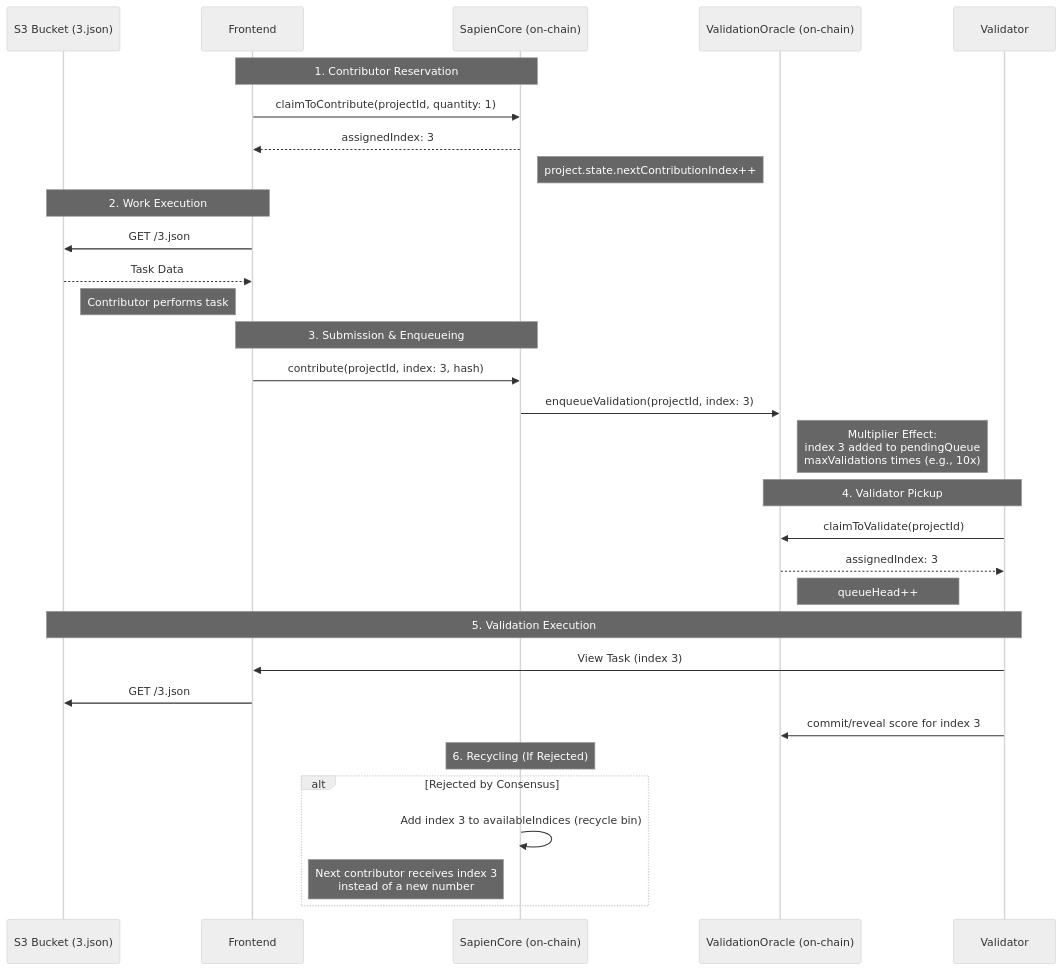
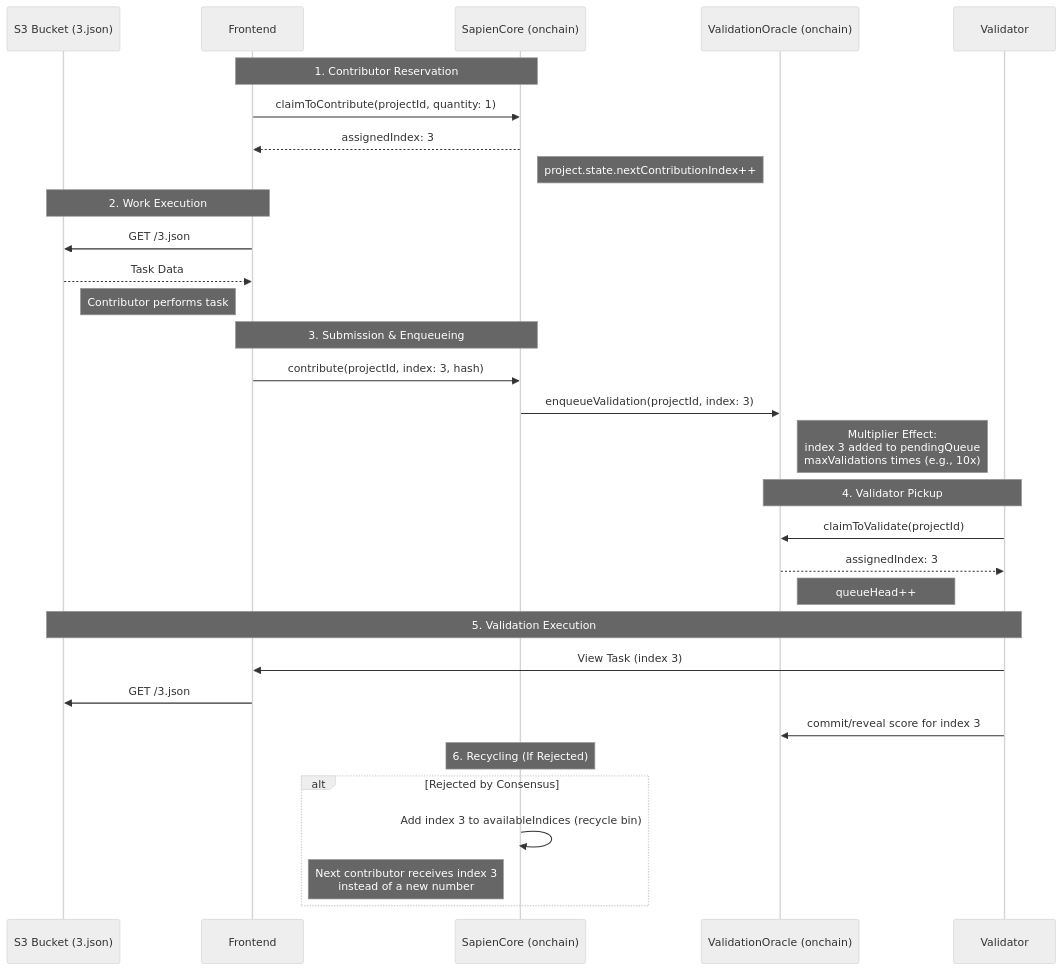
Before and after one commit to Sapien-io/sapien-contracts: the diagram in docs/architecture/index-lifecycle.md, drawn with Mermaid (neutral theme). The commit also changed other lines of this file and 13 other files, not shown here.

````diff
--- a/docs/architecture/index-lifecycle.md
+++ b/docs/architecture/index-lifecycle.md
@@ -11,39 +11,39 @@
 ```mermaid
 sequenceDiagram
     participant S3 as S3 Bucket (3.json)
     participant FE as Frontend
-    participant SC as SapienCore (on-chain)
-    participant VO as ValidationOracle (on-chain)
+    participant SC as SapienCore (onchain)
+    participant VO as ValidationOracle (onchain)
     participant V as Validator
 
     Note over FE, SC: 1. Contributor Reservation
     FE->>SC: claimToContribute(projectId, quantity: 1)
     SC-->>FE: assignedIndex: 3
     Note right of SC: project.state.nextContributionIndex++
 
     Note over FE, S3: 2. Work Execution
     FE->>S3: GET /3.json
     S3-->>FE: Task Data
     Note left of FE: Contributor performs task
 
     Note over FE, SC: 3. Submission & Enqueueing
     FE->>SC: contribute(projectId, index: 3, hash)
     SC->>VO: enqueueValidation(projectId, index: 3)
     Note right of VO: Multiplier Effect:<br/>index 3 added to pendingQueue<br/>maxValidations times (e.g., 10x)
 
     Note over V, VO: 4. Validator Pickup
     V->>VO: claimToValidate(projectId)
     VO-->>V: assignedIndex: 3
     Note right of VO: queueHead++
 
     Note over V, S3: 5. Validation Execution
     V->>FE: View Task (index 3)
     FE->>S3: GET /3.json
     V->>VO: commit/reveal score for index 3
 
     Note over SC, SC: 6. Recycling (If Rejected)
     alt Rejected by Consensus
         SC->>SC: Add index 3 to availableIndices (recycle bin)
         Note left of SC: Next contributor receives index 3<br/>instead of a new number
     end
 ```
````
